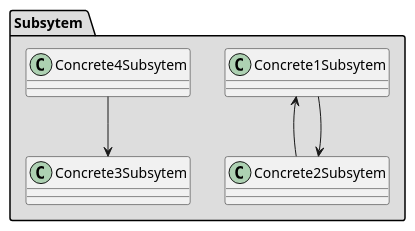
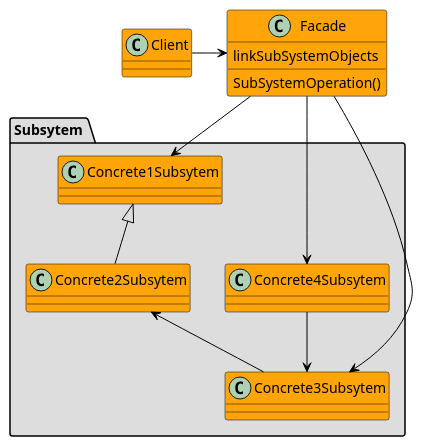
Before and after one commit to LEON12699/Patrones_diseno: the diagram in diagramas/Facade.iuml, drawn with PlantUML. The commit also changed 5 other files, not shown here.

Commit message:
chainResponsibility diagram

```diff
--- a/diagramas/Facade.iuml
+++ b/diagramas/Facade.iuml
@@ -1,11 +1,27 @@
 @startuml Facade structure
 
+skinparam class {
+BackgroundColor #FFA509
+BorderColor black
+ArrowColor black
+}
+
 package "Subsytem " #DDDDDD {
-    Concrete1Subsytem <--Concrete2Subsytem
-    Concrete2Subsytem <-- Concrete1Subsytem
+    Concrete1Subsytem <|--Concrete2Subsytem
+    Concrete2Subsytem <-- Concrete3Subsytem
     Concrete4Subsytem --> Concrete3Subsytem 
 }
 
+class Facade {
+    linkSubSystemObjects
+    SubSystemOperation()
+
+}
+
+Facade --> Concrete1Subsytem
+Facade --> Concrete3Subsytem
+Facade --> Concrete4Subsytem
+Client -right->Facade
 
 
 @enduml
```
